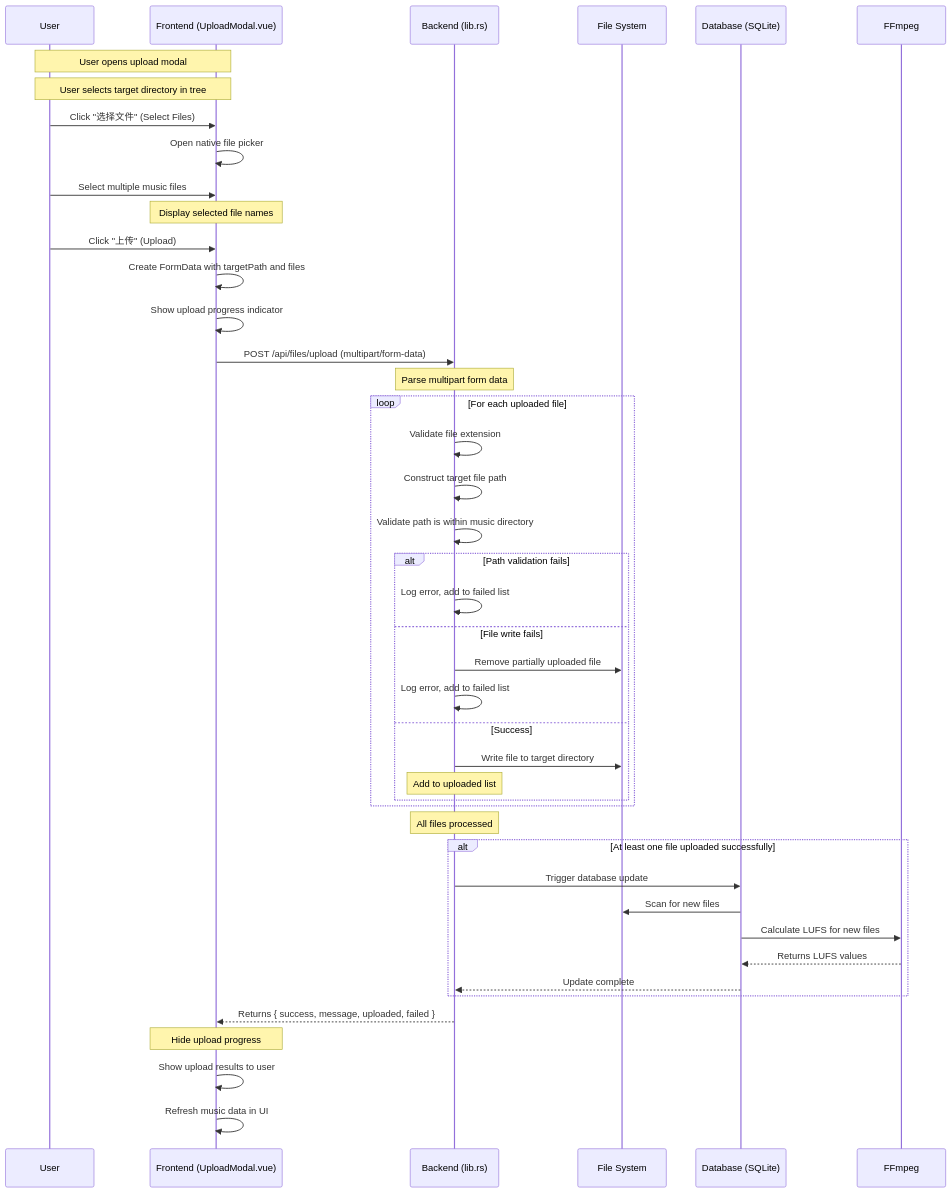
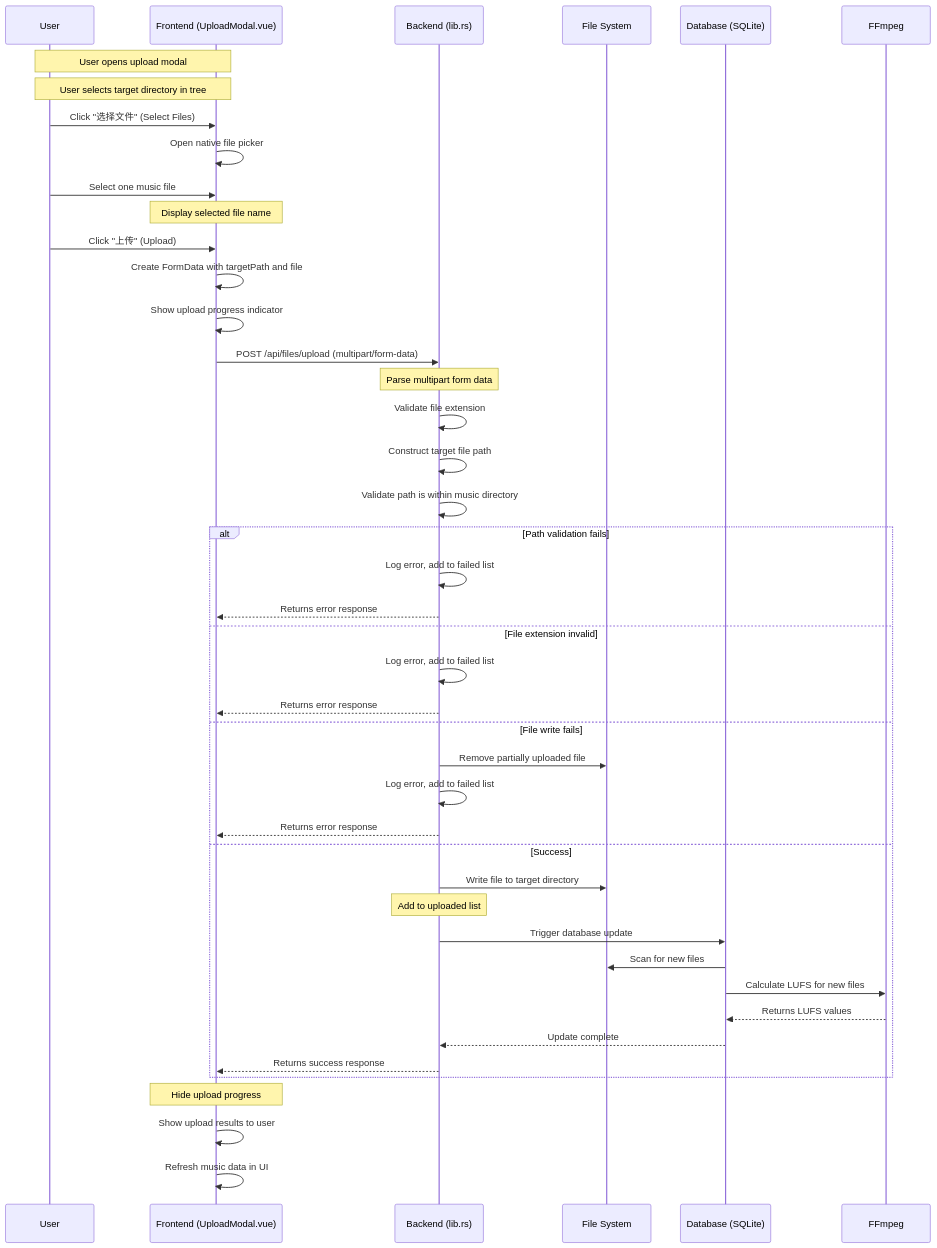
One commit to Afeather2017/Kaulan changed the second of 2 diagrams in docs/file-upload-feature.md. Above: the diagram before and after it, drawn with Mermaid. The commit also changed other lines of this file and 6 other files, not shown here.

````diff
--- a/docs/file-upload-feature.md
+++ b/docs/file-upload-feature.md
@@ -87,57 +87,54 @@
 ```mermaid
 sequenceDiagram
     participant User as User
     participant FE as Frontend (UploadModal.vue)
     participant BE as Backend (lib.rs)
     participant FS as File System
     participant DB as Database (SQLite)
     participant FFmpeg as FFmpeg
 
     Note over User,FE: User opens upload modal
     Note over User,FE: User selects target directory in tree
 
     User->>FE: Click "选择文件" (Select Files)
     FE->>FE: Open native file picker
-    User->>FE: Select multiple music files
-    Note over FE: Display selected file names
+    User->>FE: Select one music file
+    Note over FE: Display selected file name
 
     User->>FE: Click "上传" (Upload)
-    FE->>FE: Create FormData with targetPath and files
+    FE->>FE: Create FormData with targetPath and file
     FE->>FE: Show upload progress indicator
 
     FE->>BE: POST /api/files/upload (multipart/form-data)
 
     Note over BE: Parse multipart form data
 
-    loop For each uploaded file
-        BE->>BE: Validate file extension
-        BE->>BE: Construct target file path
-        BE->>BE: Validate path is within music directory
+    BE->>BE: Validate file extension
+    BE->>BE: Construct target file path
+    BE->>BE: Validate path is within music directory
 
-        alt Path validation fails
-            BE->>BE: Log error, add to failed list
-        else File write fails
-            BE->>FS: Remove partially uploaded file
-            BE->>BE: Log error, add to failed list
-        else Success
-            BE->>FS: Write file to target directory
-            Note over BE: Add to uploaded list
-        end
-    end
-
-    Note over BE: All files processed
-
-    alt At least one file uploaded successfully
+    alt Path validation fails
+        BE->>BE: Log error, add to failed list
+        BE-->>FE: Returns error response
+    else File extension invalid
+        BE->>BE: Log error, add to failed list
+        BE-->>FE: Returns error response
+    else File write fails
+        BE->>FS: Remove partially uploaded file
+        BE->>BE: Log error, add to failed list
+        BE-->>FE: Returns error response
+    else Success
+        BE->>FS: Write file to target directory
+        Note over BE: Add to uploaded list
         BE->>DB: Trigger database update
         DB->>FS: Scan for new files
         DB->>FFmpeg: Calculate LUFS for new files
         FFmpeg-->>DB: Returns LUFS values
         DB-->>BE: Update complete
+        BE-->>FE: Returns success response
     end
-
-    BE-->>FE: Returns { success, message, uploaded, failed }
 
     Note over FE: Hide upload progress
     FE->>FE: Show upload results to user
     FE->>FE: Refresh music data in UI
 ```
````
